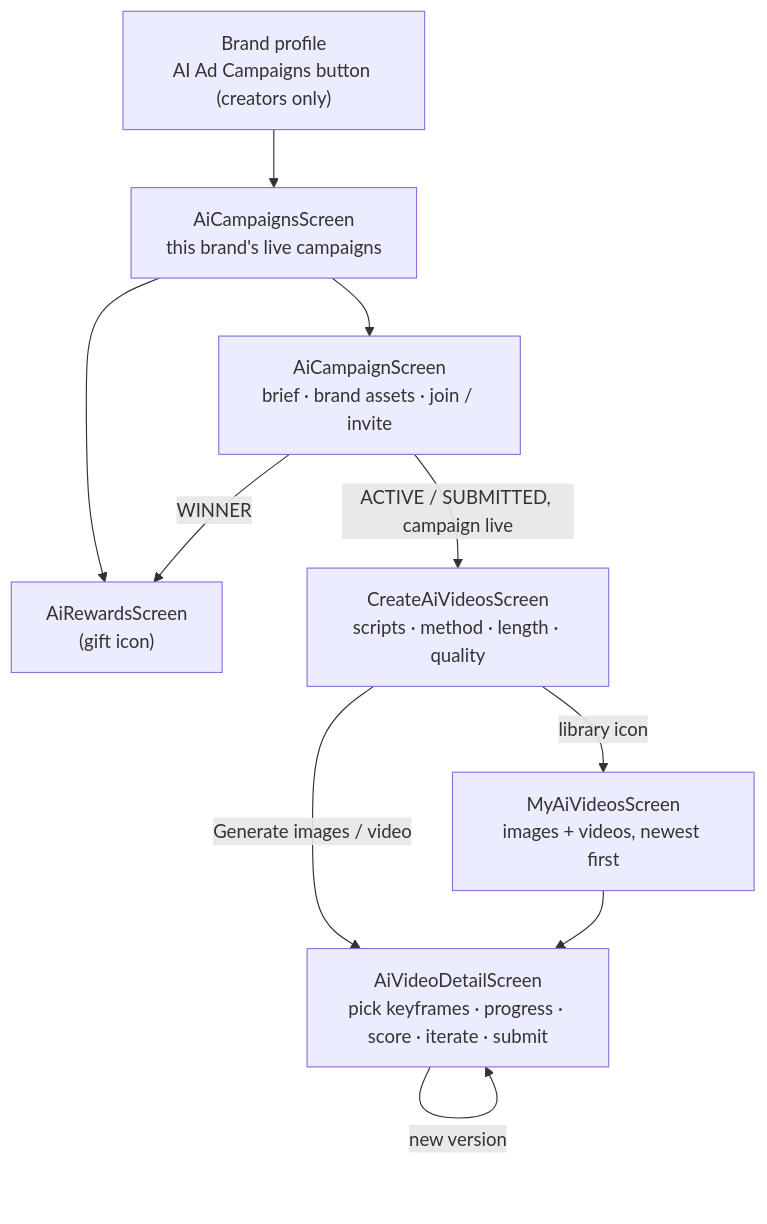
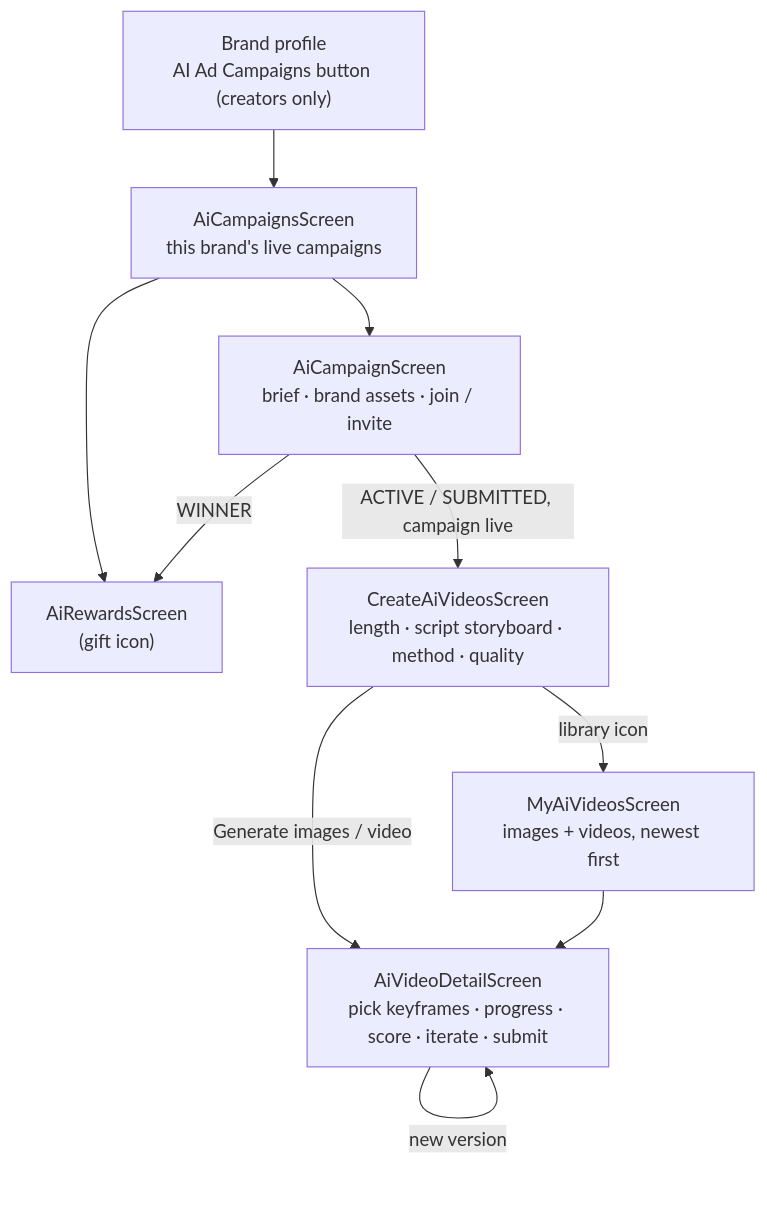
The first of 5 diagrams in docs/features/ai-ads.md (riteshpardeshi-hash/aurastar_app), drawn with Mermaid before and after one commit. The commit also changed other lines of this file and 5 other files, not shown here.

First line of the commit message:
feat(ai-ads): length-first scripts + storyboard script view

````diff
--- a/docs/features/ai-ads.md
+++ b/docs/features/ai-ads.md
@@ -60,12 +68,12 @@
 ```mermaid
 flowchart TD
   BP["Brand profile<br/>AI Ad Campaigns button (creators only)"] --> CL["AiCampaignsScreen<br/>this brand's live campaigns"]
   CL --> CS["AiCampaignScreen<br/>brief · brand assets · join / invite"]
   CL --> RW["AiRewardsScreen<br/>(gift icon)"]
-  CS -->|"ACTIVE / SUBMITTED, campaign live"| WS["CreateAiVideosScreen<br/>scripts · method · length · quality"]
+  CS -->|"ACTIVE / SUBMITTED, campaign live"| WS["CreateAiVideosScreen<br/>length · script storyboard · method · quality"]
   CS -->|WINNER| RW
   WS -->|Generate images / video| VD["AiVideoDetailScreen<br/>pick keyframes · progress · score · iterate · submit"]
   WS -->|library icon| MV["MyAiVideosScreen<br/>images + videos, newest first"]
   MV --> VD
   VD -->|new version| VD
 ```
````
